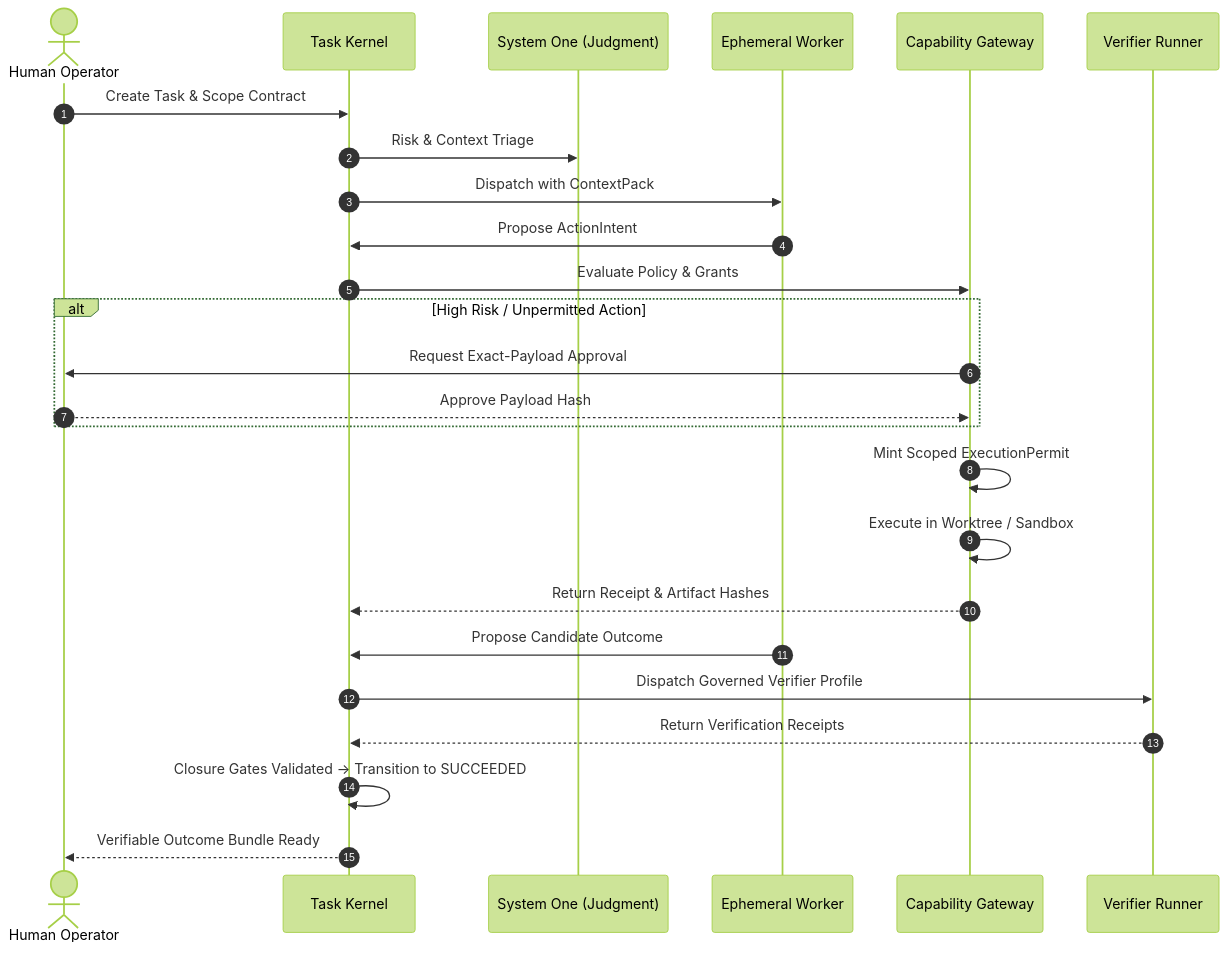
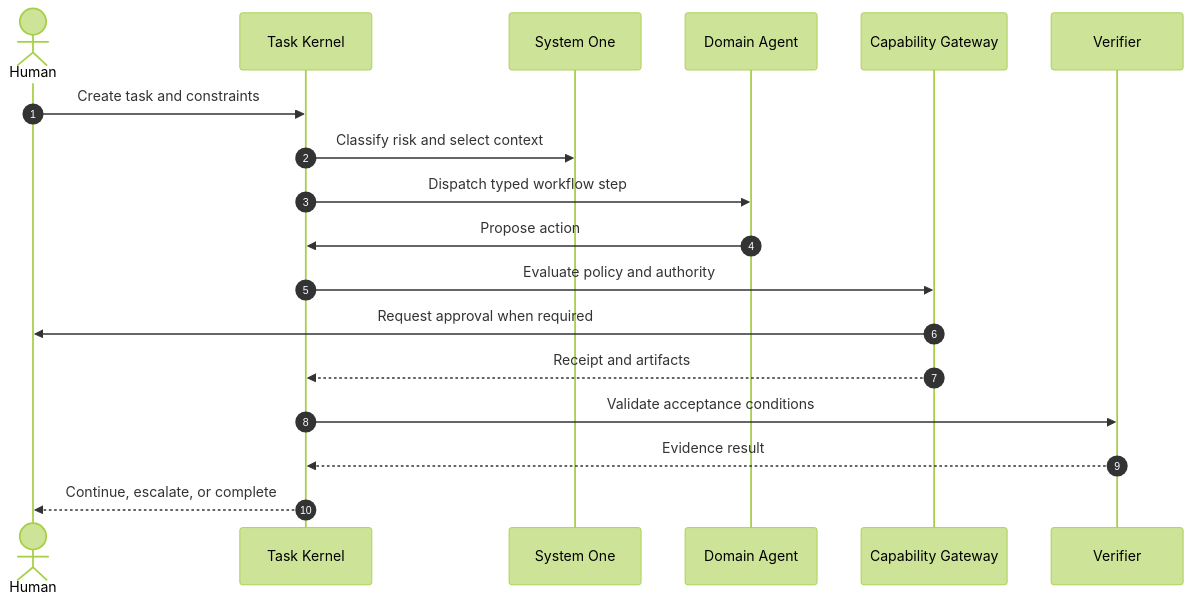
Before and after one commit to civi0411/Custos: the first of 2 diagrams in README.md, drawn with Mermaid (forest theme). The commit also changed other lines of this file and 2 other files, not shown here.

Commit message:
docs: align product README with v2 manifesto and target architecture

````diff
--- a/README.md
+++ b/README.md
@@ -130,28 +254,21 @@
 ```mermaid
 sequenceDiagram
     autonumber
-    actor Human as Human Operator
+    actor Human
     participant Kernel as Task Kernel
-    participant S1 as System One (Judgment)
-    participant Worker as Ephemeral Worker
+    participant S1 as System One
+    participant Agent as Domain Agent
     participant Gateway as Capability Gateway
-    participant Verifier as Verifier Runner
+    participant Verify as Verifier
 
-    Human->>Kernel: Create Task & Scope Contract
-    Kernel->>S1: Risk & Context Triage
-    Kernel->>Worker: Dispatch with ContextPack
-    Worker->>Kernel: Propose ActionIntent
-    Kernel->>Gateway: Evaluate Policy & Grants
-    alt High Risk / Unpermitted Action
-        Gateway->>Human: Request Exact-Payload Approval
-        Human-->>Gateway: Approve Payload Hash
-    end
-    Gateway->>Gateway: Mint Scoped ExecutionPermit
-    Gateway->>Gateway: Execute in Worktree / Sandbox
-    Gateway-->>Kernel: Return Receipt & Artifact Hashes
-    Worker->>Kernel: Propose Candidate Outcome
-    Kernel->>Verifier: Dispatch Governed Verifier Profile
-    Verifier-->>Kernel: Return Verification Receipts
-    Kernel->>Kernel: Closure Gates Validated -> Transition to SUCCEEDED
-    Kernel-->>Human: Verifiable Outcome Bundle Ready
+    Human->>Kernel: Create task and constraints
+    Kernel->>S1: Classify risk and select context
+    Kernel->>Agent: Dispatch typed workflow step
+    Agent->>Kernel: Propose action
+    Kernel->>Gateway: Evaluate policy and authority
+    Gateway->>Human: Request approval when required
+    Gateway-->>Kernel: Receipt and artifacts
+    Kernel->>Verify: Validate acceptance conditions
+    Verify-->>Kernel: Evidence result
+    Kernel-->>Human: Continue, escalate, or complete
 ```
````
